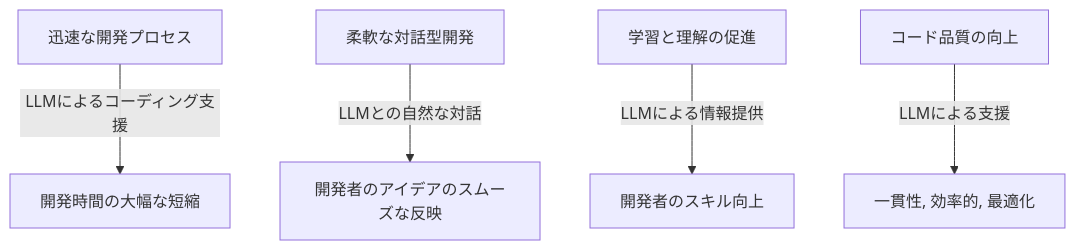
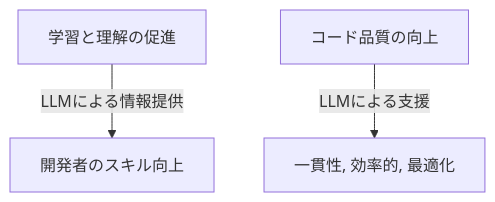
The fifth of 8 diagrams in README.md (SparklingDetergent/doc_genai_About_specific_use_cases_for_large-scale_language_models_LLM), drawn with Mermaid before and after one commit. The commit also changed other lines of this file, not shown here.

````diff
--- a/README.md
+++ b/README.md
@@ -155,7 +160,5 @@
 ```mermaid
 graph TB
-    A[迅速な開発プロセス] -->|LLMによるコーディング支援| B[開発時間の大幅な短縮]
-    C[柔軟な対話型開発] -->|LLMとの自然な対話| D[開発者のアイデアのスムーズな反映]
     E[学習と理解の促進] -->|LLMによる情報提供| F[開発者のスキル向上]
     G[コード品質の向上] -->|LLMによる支援| H[一貫性, 効率的, 最適化]
 ```
````
